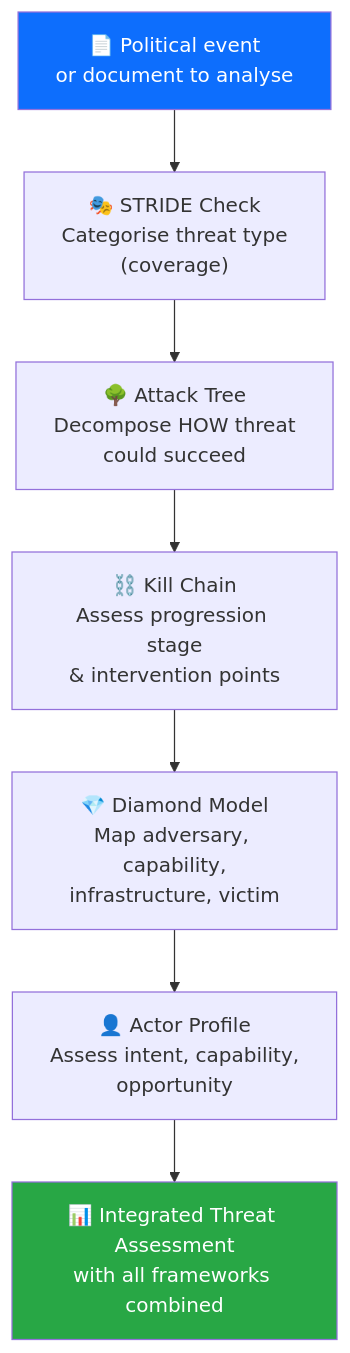
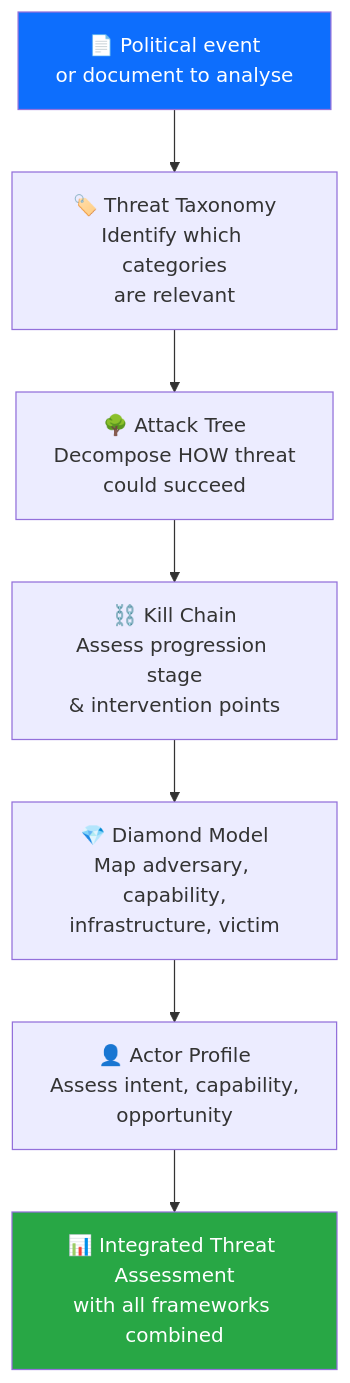
Before and after one commit to Hack23/riksdagsmonitor: the ninth of 9 diagrams in analysis/methodologies/political-threat-framework.md, drawn with Mermaid. The commit also changed other lines of this file and 5 other files, not shown here.

First line of the commit message:
Remove ALL STRIDE/PRIDES references — replace with Political Threat Taxonomy in methodologies, templates, and prompts

````diff
--- a/analysis/methodologies/political-threat-framework.md
+++ b/analysis/methodologies/political-threat-framework.md
@@ -821,13 +809,13 @@
 ```mermaid
 flowchart TD
     START["📄 Political event<br/>or document to analyse"]
-    START --> S["🎭 STRIDE Check<br/>Categorise threat type<br/>(coverage)"]
-    S --> AT["🌳 Attack Tree<br/>Decompose HOW threat<br/>could succeed"]
+    START --> TC["🏷️ Threat Taxonomy<br/>Identify which categories<br/>are relevant"]
+    TC --> AT["🌳 Attack Tree<br/>Decompose HOW threat<br/>could succeed"]
     AT --> KC["⛓️ Kill Chain<br/>Assess progression stage<br/>& intervention points"]
     KC --> DM["💎 Diamond Model<br/>Map adversary, capability,<br/>infrastructure, victim"]
     DM --> AP["👤 Actor Profile<br/>Assess intent, capability,<br/>opportunity"]
     AP --> OUTPUT["📊 Integrated Threat Assessment<br/>with all frameworks combined"]
 
     style START fill:#0d6efd,color:#fff
     style OUTPUT fill:#28a745,color:#fff
 ```
````
